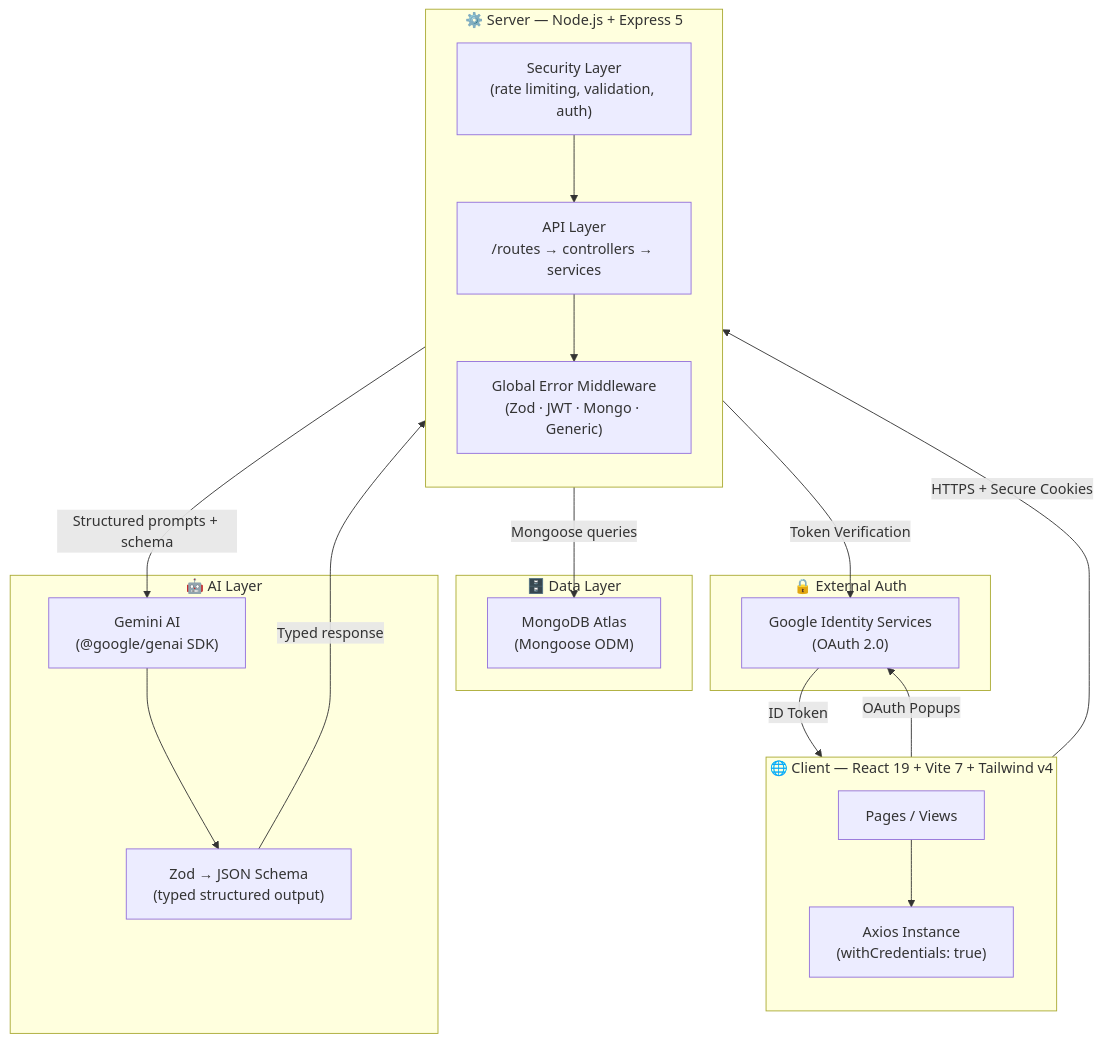
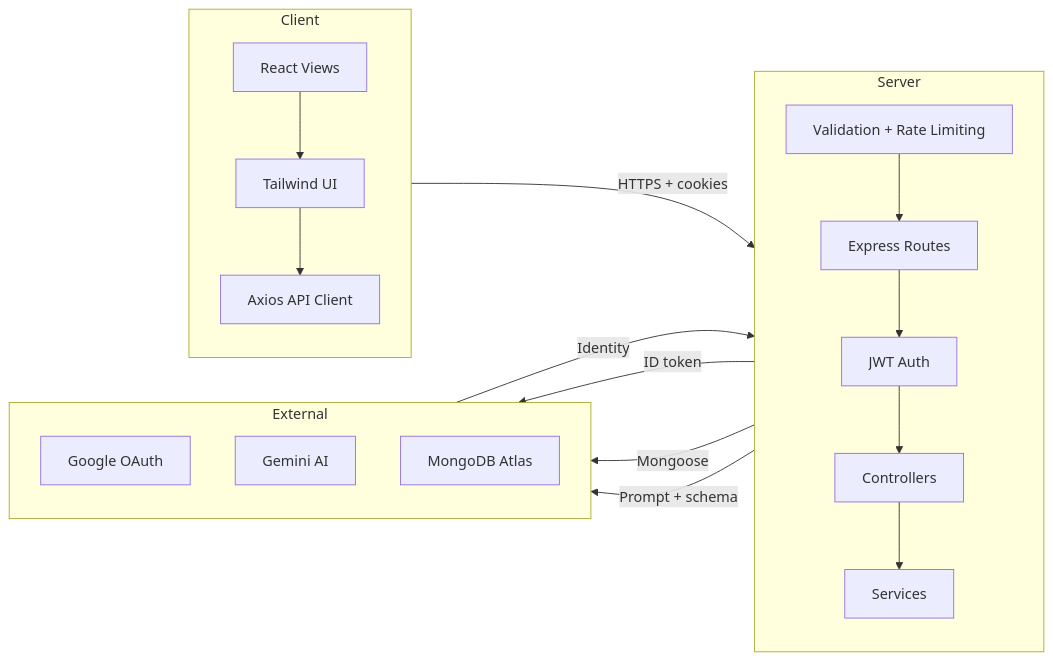
The first of 4 diagrams in README.md (SahilSameer18/prepstack), drawn with Mermaid before and after one commit. The commit also changed other lines of this file and 7 other files, not shown here.

````diff
--- a/README.md
+++ b/README.md
@@ -103,40 +104,33 @@
 ```mermaid
-graph TB
-    subgraph Client ["🌐 Client — React 19 + Vite 7 + Tailwind v4"]
+flowchart LR
+    subgraph Client["Client"]
         direction TB
-        Pages["Pages / Views"]
-        Axios["Axios Instance\n(withCredentials: true)"]
-        Pages --> Axios
+        Pages["React Views"]
+        UI["Tailwind UI"]
+        HTTP["Axios API Client"]
+        Pages --> UI --> HTTP
     end
 
-    subgraph Server ["⚙️ Server — Node.js + Express 5"]
+    subgraph Backend["Server"]
         direction TB
-        Security["Security Layer\n(rate limiting, validation, auth)"]
-        API["API Layer\n/routes → controllers → services"]
-        Error["Global Error Middleware\n(Zod · JWT · Mongo · Generic)"]
-        Security --> API
-        API --> Error
+        Router["Express Routes"]
+        Guard["Validation + Rate Limiting"]
+        Auth["JWT Auth"]
+        Ctrl["Controllers"]
+        Service["Services"]
+        Guard --> Router --> Auth --> Ctrl --> Service
     end
 
-    subgraph Auth ["🔒 External Auth"]
-        GoogleOAuth["Google Identity Services\n(OAuth 2.0)"]
+    subgraph External["External"]
+        direction TB
+        Google["Google OAuth"]
+        AI["Gemini AI"]
+        DB["MongoDB Atlas"]
     end
 
-    subgraph Data ["🗄️ Data Layer"]
-        MongoDB["MongoDB Atlas\n(Mongoose ODM)"]
-    end
-
-    subgraph AI ["🤖 AI Layer"]
-        Gemini["Gemini AI\n(@google/genai SDK)"]
-        Schema["Zod → JSON Schema\n(typed structured output)"]
-        Gemini --> Schema
-    end
-
-    Client -- "OAuth Popups" --> GoogleOAuth
-    GoogleOAuth -- "ID Token" --> Client
-    Axios -- "HTTPS + Secure Cookies" --> Server
-    API -- "Token Verification" --> GoogleOAuth
-    API -- "Mongoose queries" --> MongoDB
-    API -- "Structured prompts + schema" --> Gemini
-    Schema -- "Typed response" --> API
+    HTTP -->|"HTTPS + cookies"| Router
+    Router -->|"ID token"| Google
+    Google -->|"Identity"| Auth
+    Ctrl -->|"Mongoose"| DB
+    Service -->|"Prompt + schema"| AI
 ```
````
